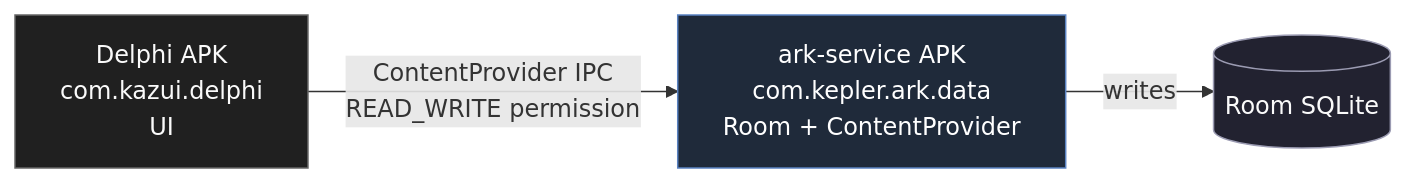
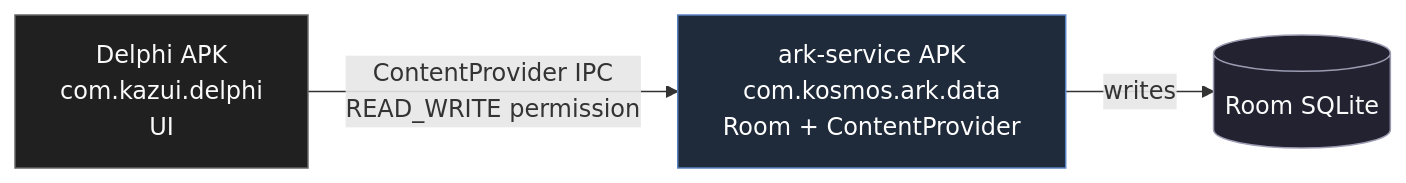
Before and after one commit to makekosmos/cortex: the diagram in docs-site/apps/ark-service.md, drawn with Mermaid. The commit also changed other lines of this file and 916 other files, not shown here.

First line of the commit message:
refactor: global swap Kepler <-> Kosmos branding

````diff
--- a/docs-site/apps/ark-service.md
+++ b/docs-site/apps/ark-service.md
@@ -15,17 +15,17 @@
 ```mermaid
 flowchart LR
   delphi["Delphi APK<br/>com.kazui.delphi<br/>UI"]
-  arkdata["ark-service APK<br/>com.kepler.ark.data<br/>Room + ContentProvider"]
+  arkdata["ark-service APK<br/>com.kosmos.ark.data<br/>Room + ContentProvider"]
   room[("Room SQLite")]
 
   delphi -- "ContentProvider IPC<br/>READ_WRITE permission" --> arkdata
   arkdata -- "writes" --> room
 
   classDef app fill:#202020,stroke:#666,color:#fafafa
   classDef svc fill:#1f2a3a,stroke:#5a83c2,color:#fff
   classDef db fill:#222230,stroke:#9b9bb2,color:#fafafa
 
   class delphi app
   class arkdata svc
   class room db
 ```
````
